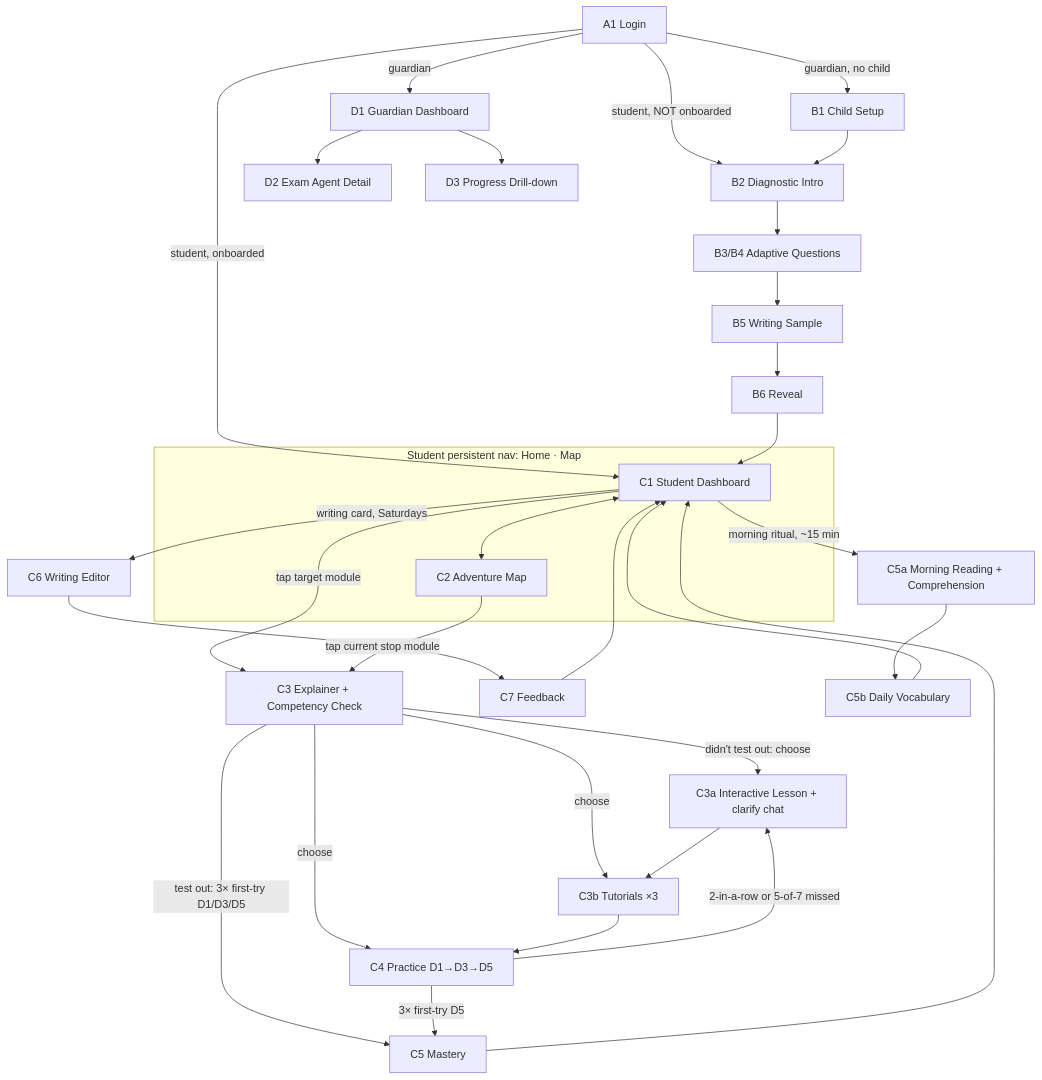
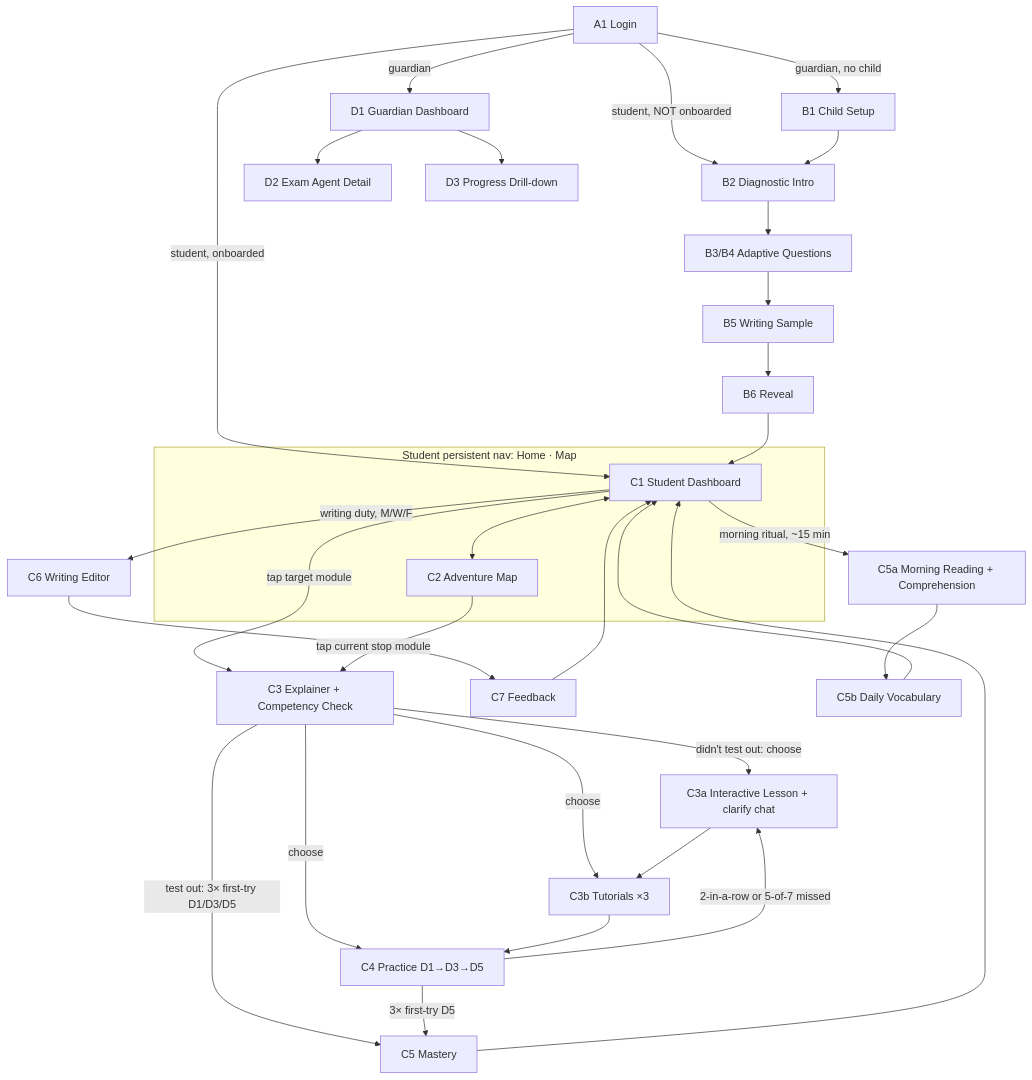
The diagram in formynieces-spec/03_SCREENS_AND_NAVIGATION.md (ipmarecheau/formynieces), drawn with Mermaid before and after one commit. The commit also changed other lines of this file and 9 other files, not shown here.

````diff
--- a/formynieces-spec/03_SCREENS_AND_NAVIGATION.md
+++ b/formynieces-spec/03_SCREENS_AND_NAVIGATION.md
@@ -95,28 +97,28 @@
 ```mermaid
 flowchart TD
     L[A1 Login] -->|student, onboarded| C1[C1 Student Dashboard]
     L -->|student, NOT onboarded| B2[B2 Diagnostic Intro]
     L -->|guardian, no child| B1[B1 Child Setup]
     L -->|guardian| D1[D1 Guardian Dashboard]
 
     B1 --> B2 --> B3[B3/B4 Adaptive Questions] --> B5[B5 Writing Sample] --> B6[B6 Reveal] --> C1
 
     subgraph StudentNav [Student persistent nav: Home · Map]
       C1 <--> C2[C2 Adventure Map]
     end
     C1 -->|tap target module| C3[C3 Explainer + Competency Check]
     C3 -->|test out: 3× first-try D1/D3/D5| C5[C5 Mastery]
     C3 -->|didn't test out: choose| C3a[C3a Interactive Lesson + clarify chat]
     C3 -->|choose| C3b[C3b Tutorials ×3]
     C3 -->|choose| C4[C4 Practice D1→D3→D5]
     C3a --> C3b --> C4
     C4 -->|2-in-a-row or 5-of-7 missed| C3a
     C4 -->|3× first-try D5| C5
     C5 --> C1
     C2 -->|tap current stop module| C3
-    C1 -->|writing card, Saturdays| C6[C6 Writing Editor] --> C7[C7 Feedback] --> C1
+    C1 -->|writing duty, M/W/F| C6[C6 Writing Editor] --> C7[C7 Feedback] --> C1
     C1 -->|morning ritual, ~15 min| C5a[C5a Morning Reading + Comprehension] --> C5b[C5b Daily Vocabulary] --> C1
 
     D1 --> D2[D2 Exam Agent Detail]
     D1 --> D3[D3 Progress Drill-down]
 ```
````
